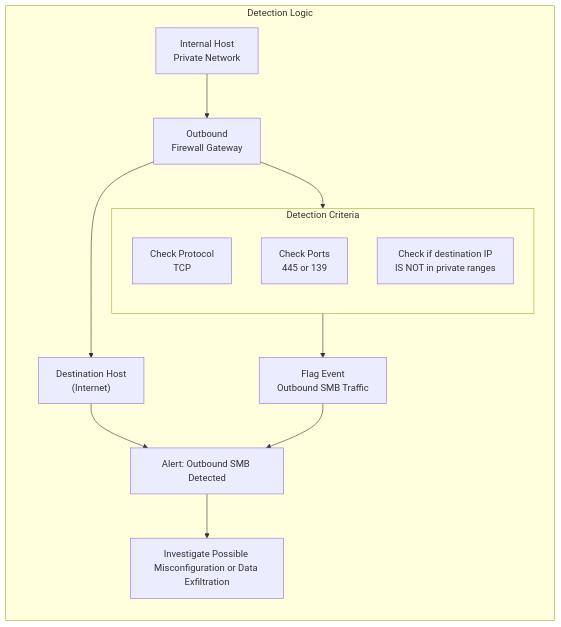
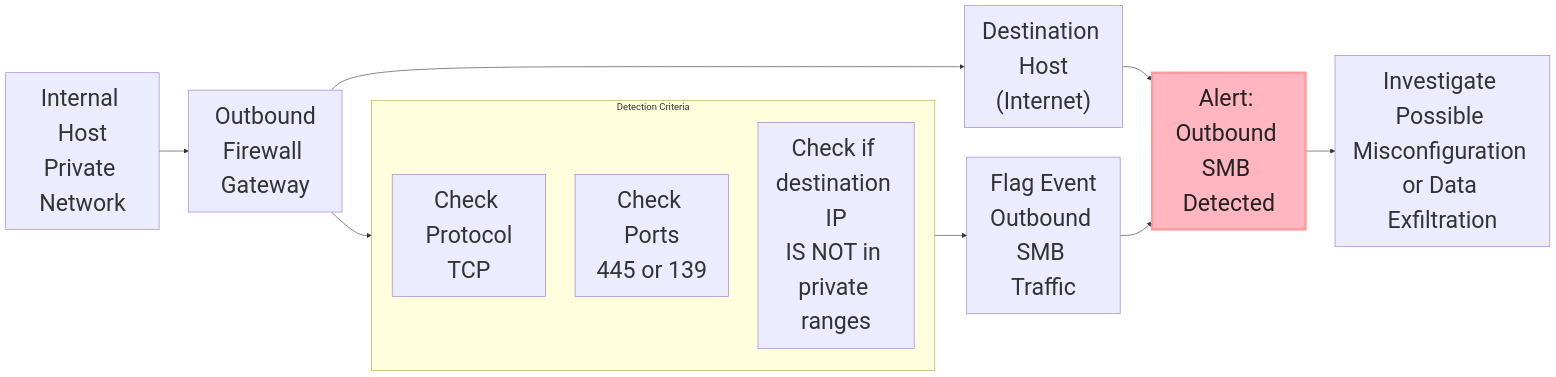
One commit to gcastill0/project-07-SIEM-Detections changed the diagram in Cisco-Meraki-MX-Firewall.md. Above: the diagram before and after it, drawn with Mermaid.

Commit message:
Adding new sources

````diff
--- a/Cisco-Meraki-MX-Firewall.md
+++ b/Cisco-Meraki-MX-Firewall.md
@@ -15,22 +15,29 @@
 ```mermaid
 flowchart LR
- subgraph SA["Detection Logic"]
+ subgraph SB["Detection Criteria"]
+        D["Check Protocol<br>TCP"]
+        E["Check Ports<br>445 or 139"]
+        F["Check if destination IP<br>IS NOT in private ranges"]
+  end
+  
     A["Internal Host<br>Private Network"]
     B["Outbound<br>Firewall Gateway"]
     C["Destination Host<br>(Internet)"]
     A --> B
     B --> C
     C --> H
     B --> SB
     SB --> G["Flag Event<br>Outbound SMB Traffic"]
     G --> H["Alert: Outbound SMB Detected"]
     H --> I["Investigate Possible Misconfiguration or Data Exfiltration"]
- end
 
- subgraph SB["Detection Criteria"]
-        D["Check Protocol<br>TCP"]
-        E["Check Ports<br>445 or 139"]
-        F["Check if destination IP<br>IS NOT in private ranges"]
-  end
-
+    style A font-size:2.4ch;
+    style B font-size:2.4ch;
+    style C font-size:2.4ch;
+    style D font-size:2.4ch;
+    style E font-size:2.4ch;
+    style F font-size:2.4ch;
+    style G font-size:2.4ch;
+    style H font-size:2.4ch, stroke:#FF9A9A, stroke-width:4px, color:#222222, fill:lightpink;
+    style I font-size:2.4ch;
 ```
````
